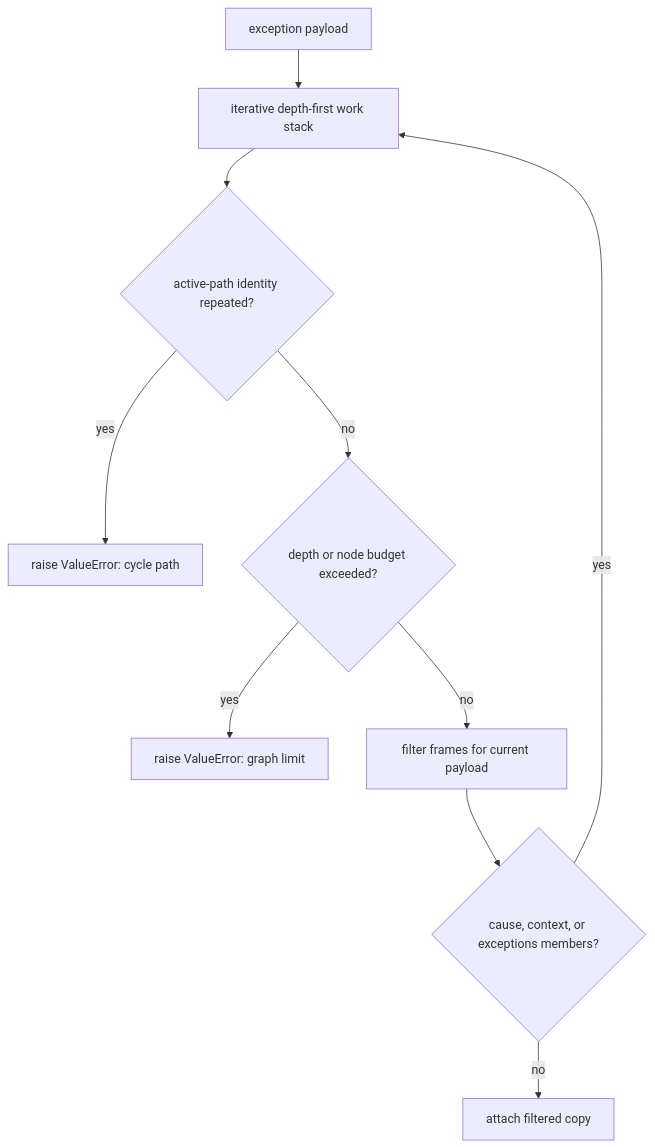
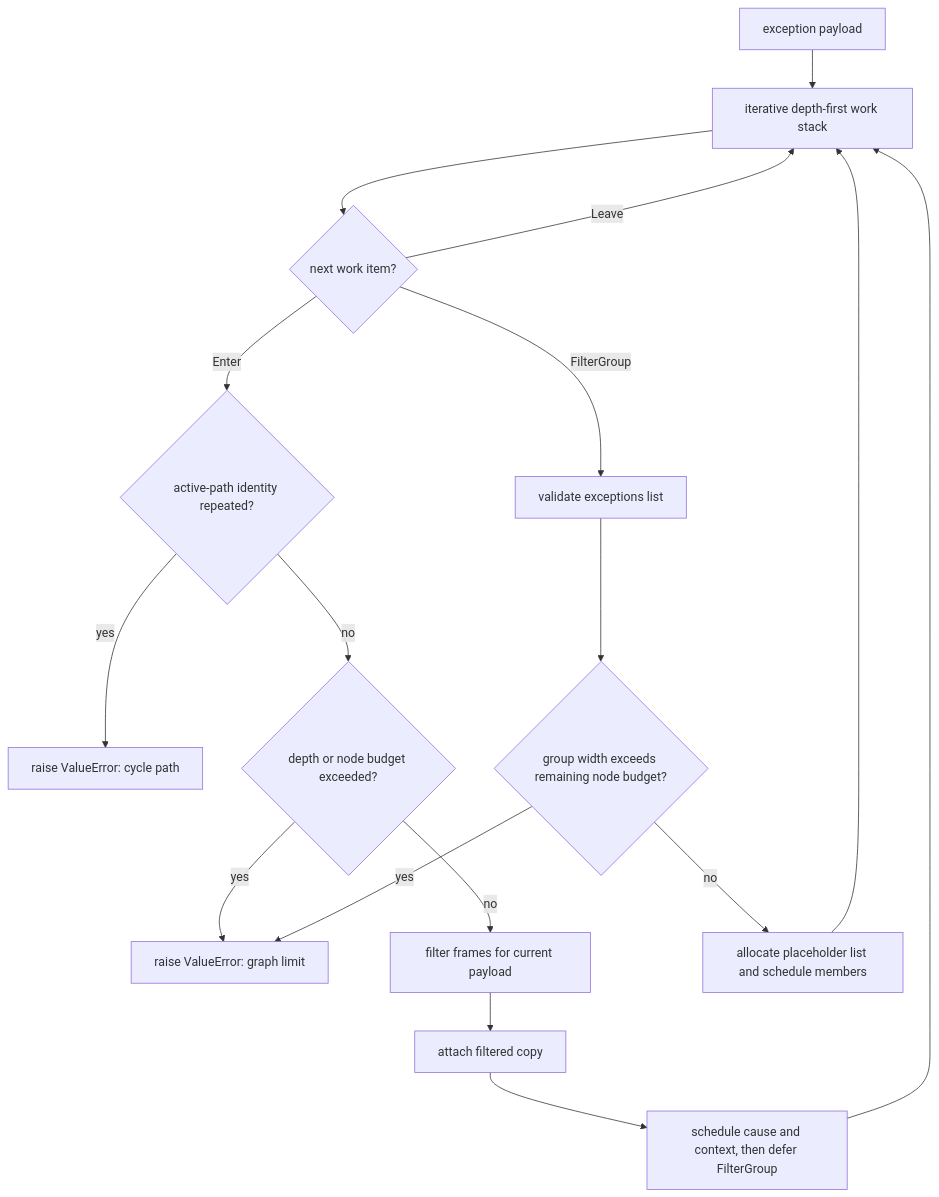
One commit to leynos/femtologging changed the second of 3 diagrams in docs/frame-filtering-design.md. Above: the diagram before and after it, drawn with Mermaid. The commit also changed other lines of this file and 8 other files, not shown here.

First line of the commit message:
Add docs and properties for exception traversal (#443)

````diff
--- a/docs/frame-filtering-design.md
+++ b/docs/frame-filtering-design.md
@@ -105,18 +105,26 @@
 ```mermaid
 flowchart TD
-    accTitle: Exception graph cycle and budget checks
+    accTitle: Exception graph traversal and budget checks
     accDescr {
-      The traversal checks each payload for an active-path cycle and graph-budget
-      overflow before filtering its frames, then follows cause, context, and
-      exception-group members.
+      Enter work checks active-path identity, depth, and node budget before
+      filtering and attaching a payload. Deferred FilterGroup work checks the
+      exceptions list and its width before allocating a list or scheduling
+      group members.
     }
     A[exception payload] --> B[iterative depth-first work stack]
-    B --> C{active-path identity repeated?}
-    C -->|yes| D[raise ValueError: cycle path]
-    C -->|no| E{depth or node budget exceeded?}
-    E -->|yes| F[raise ValueError: graph limit]
-    E -->|no| G[filter frames for current payload]
-    G --> H{cause, context, or exceptions members?}
-    H -->|yes| B
-    H -->|no| I[attach filtered copy]
+    B --> C{next work item?}
+    C -->|Enter| D{active-path identity repeated?}
+    D -->|yes| E[raise ValueError: cycle path]
+    D -->|no| F{depth or node budget exceeded?}
+    F -->|yes| G[raise ValueError: graph limit]
+    F -->|no| H[filter frames for current payload]
+    H --> I["attach filtered copy"]
+    I --> J["schedule cause and context, then defer FilterGroup"]
+    J --> B
+    C -->|FilterGroup| K[validate exceptions list]
+    K --> L{group width exceeds remaining node budget?}
+    L -->|yes| G
+    L -->|no| M[allocate placeholder list and schedule members]
+    M --> B
+    C -->|Leave| B
 ```
````
